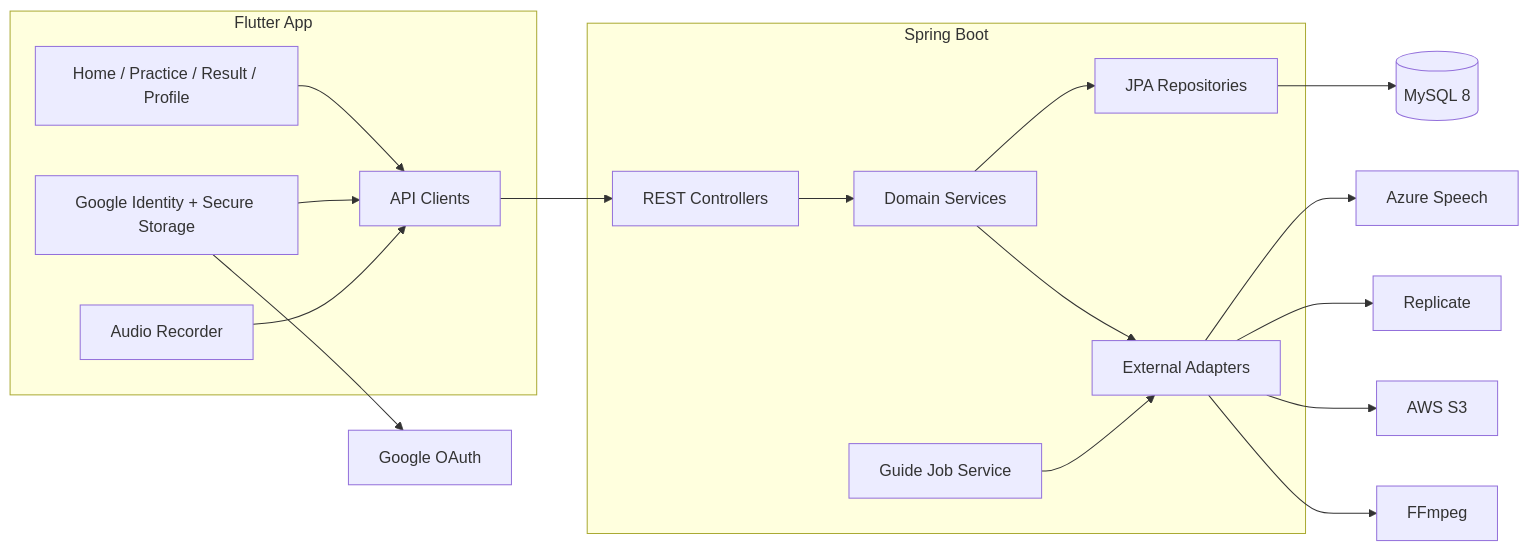
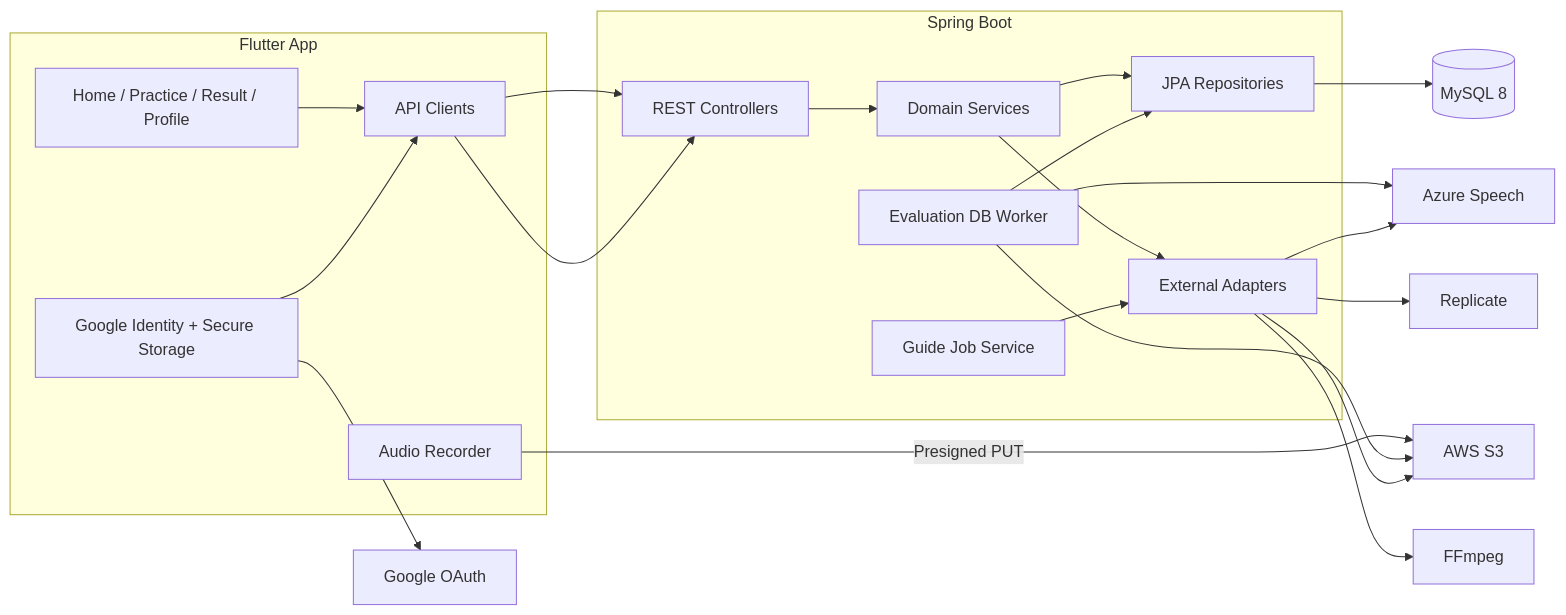
One commit to byeok99/LingKo changed the diagram in docs/architecture/system-architecture.md. Above: the diagram before and after it, drawn with Mermaid. The commit also changed other lines of this file and 21 other files, not shown here.

Commit message:
docs: document asynchronous evaluation flow

````diff
--- a/docs/architecture/system-architecture.md
+++ b/docs/architecture/system-architecture.md
@@ -5,35 +5,40 @@
 ```mermaid
 flowchart LR
     subgraph Mobile[Flutter App]
       UI[Home / Practice / Result / Profile]
       API[API Clients]
       AUTH[Google Identity + Secure Storage]
       REC[Audio Recorder]
     end
 
     subgraph Backend[Spring Boot]
       CTRL[REST Controllers]
       DOM[Domain Services]
       JPA[JPA Repositories]
+      EJOB[Evaluation DB Worker]
       JOB[Guide Job Service]
       EXT[External Adapters]
     end
 
     DB[(MySQL 8)]
     GOOGLE[Google OAuth]
     AZURE[Azure Speech]
     REP[Replicate]
     S3[AWS S3]
     FFMPEG[FFmpeg]
 
     UI --> API --> CTRL --> DOM --> JPA --> DB
     AUTH --> GOOGLE
     AUTH --> API
-    REC --> API
+    REC -->|Presigned PUT| S3
+    API --> CTRL
+    EJOB --> JPA
+    EJOB --> S3
+    EJOB --> AZURE
     DOM --> EXT
     JOB --> EXT
     EXT --> AZURE
     EXT --> REP
     EXT --> S3
     EXT --> FFMPEG
 ```
````
